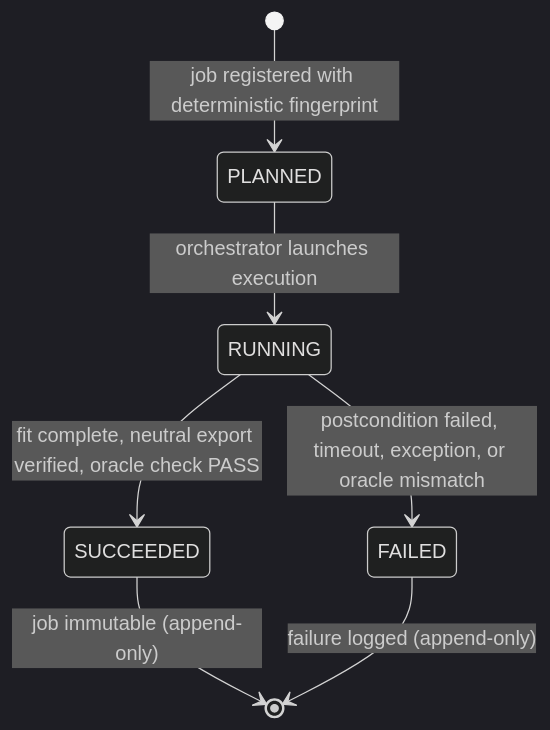
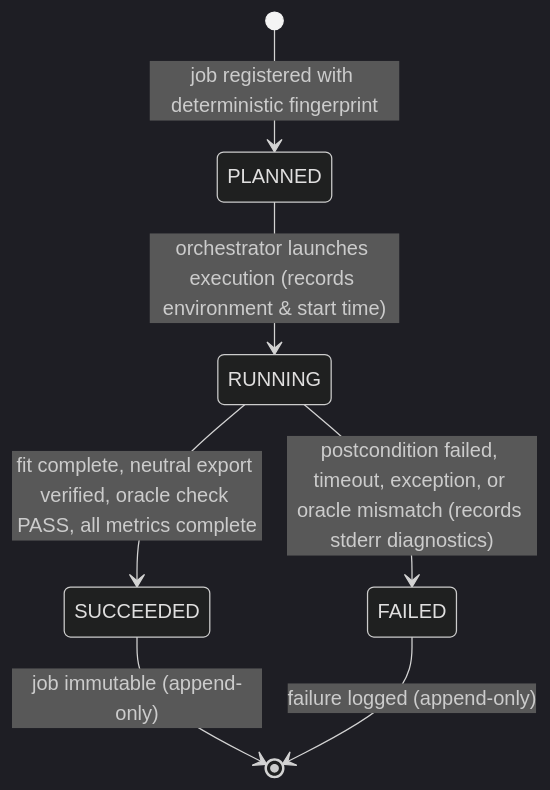
Before and after one commit to AllissonChervenski/agents_emg: the second of 2 diagrams in specs/004-baseline-training-and-evaluation/data-model.md, drawn with Mermaid (dark theme). The commit also changed other lines of this file and 9 other files, not shown here.

Commit message:
docs(spec): reconcile contracts, schemas, data-model, plan, and scientific criteria for Feature 004

````diff
--- a/specs/004-baseline-training-and-evaluation/data-model.md
+++ b/specs/004-baseline-training-and-evaluation/data-model.md
@@ -250,9 +273,9 @@
   ```mermaid
   stateDiagram-v2
       [*] --> PLANNED: job registered with deterministic fingerprint
-      PLANNED --> RUNNING: orchestrator launches execution
-      RUNNING --> SUCCEEDED: fit complete, neutral export verified, oracle check PASS
-      RUNNING --> FAILED: postcondition failed, timeout, exception, or oracle mismatch
+      PLANNED --> RUNNING: orchestrator launches execution (records environment & start time)
+      RUNNING --> SUCCEEDED: fit complete, neutral export verified, oracle check PASS, all metrics complete
+      RUNNING --> FAILED: postcondition failed, timeout, exception, or oracle mismatch (records stderr diagnostics)
       SUCCEEDED --> [*]: job immutable (append-only)
       FAILED --> [*]: failure logged (append-only)
   ```
````
